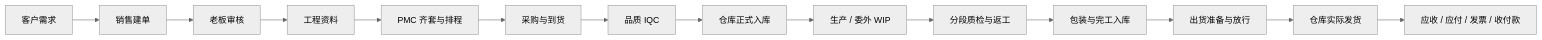
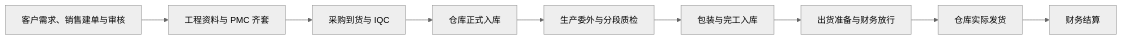
One commit to saurick/plush-toy-erp changed the diagram in docs/customers/yoyoosun/甲方角色职责与业务流转确认表.md. Above: the diagram before and after it, drawn with Mermaid (neutral theme). The commit also changed other lines of this file and 35 other files, not shown here.

Commit message:
refactor(workbench): 收口工作台图示与说明真源

````diff
--- a/docs/customers/yoyoosun/甲方角色职责与业务流转确认表.md
+++ b/docs/customers/yoyoosun/甲方角色职责与业务流转确认表.md
@@ -57,7 +57,11 @@
 ```mermaid
 flowchart LR
-  customer["客户需求"] --> sales["销售建单"] --> boss["老板审核"] --> engineering["工程资料"] --> pmc["PMC 齐套与排程"]
-  pmc --> purchase["采购与到货"] --> iqc["品质 IQC"] --> material["仓库正式入库"]
-  material --> production["生产 / 委外 WIP"] --> processQc["分段质检与返工"] --> packing["包装与完工入库"]
-  packing --> delivery["出货准备与放行"] --> shipped["仓库实际发货"] --> finance["应收 / 应付 / 发票 / 收付款"]
+  order["客户需求、销售建单与审核"] --> prepare["工程资料与 PMC 齐套"]
+  prepare --> purchase["采购到货与 IQC"]
+  purchase --> material["仓库正式入库"]
+  material --> production["生产委外与分段质检"]
+  production --> packing["包装与完工入库"]
+  packing --> delivery["出货准备与财务放行"]
+  delivery --> shipped["仓库实际发货"]
+  shipped --> finance["财务结算"]
 ```
````
